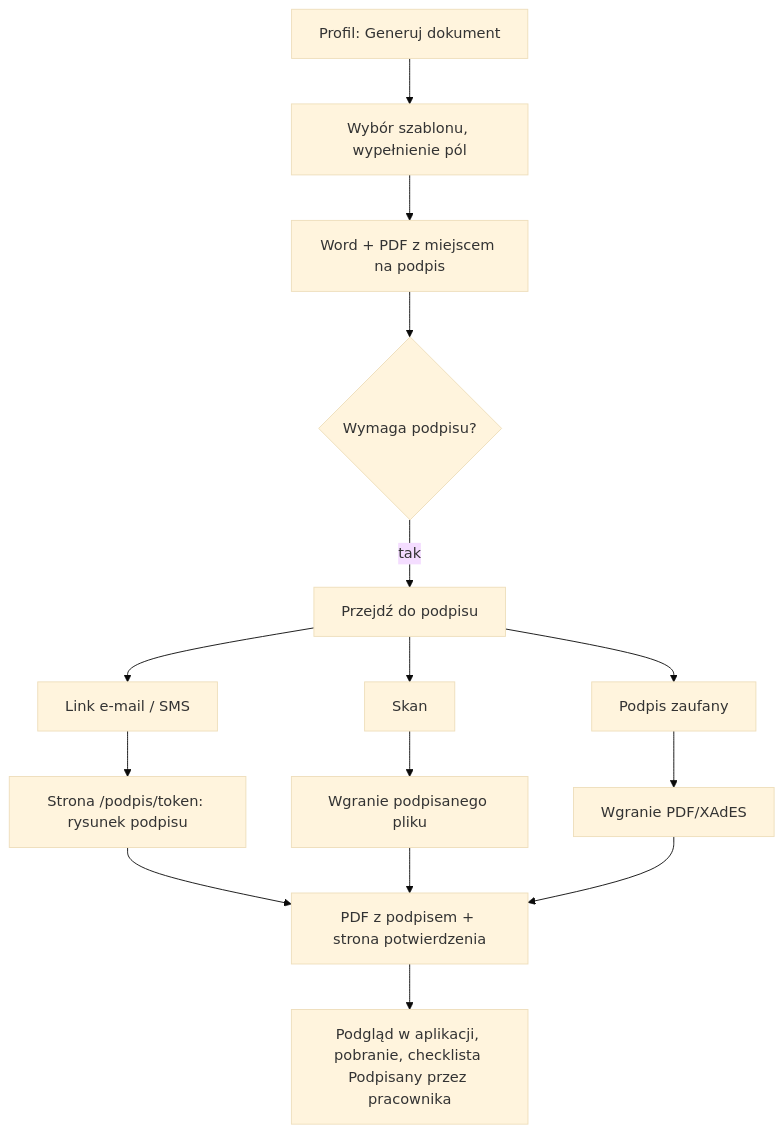
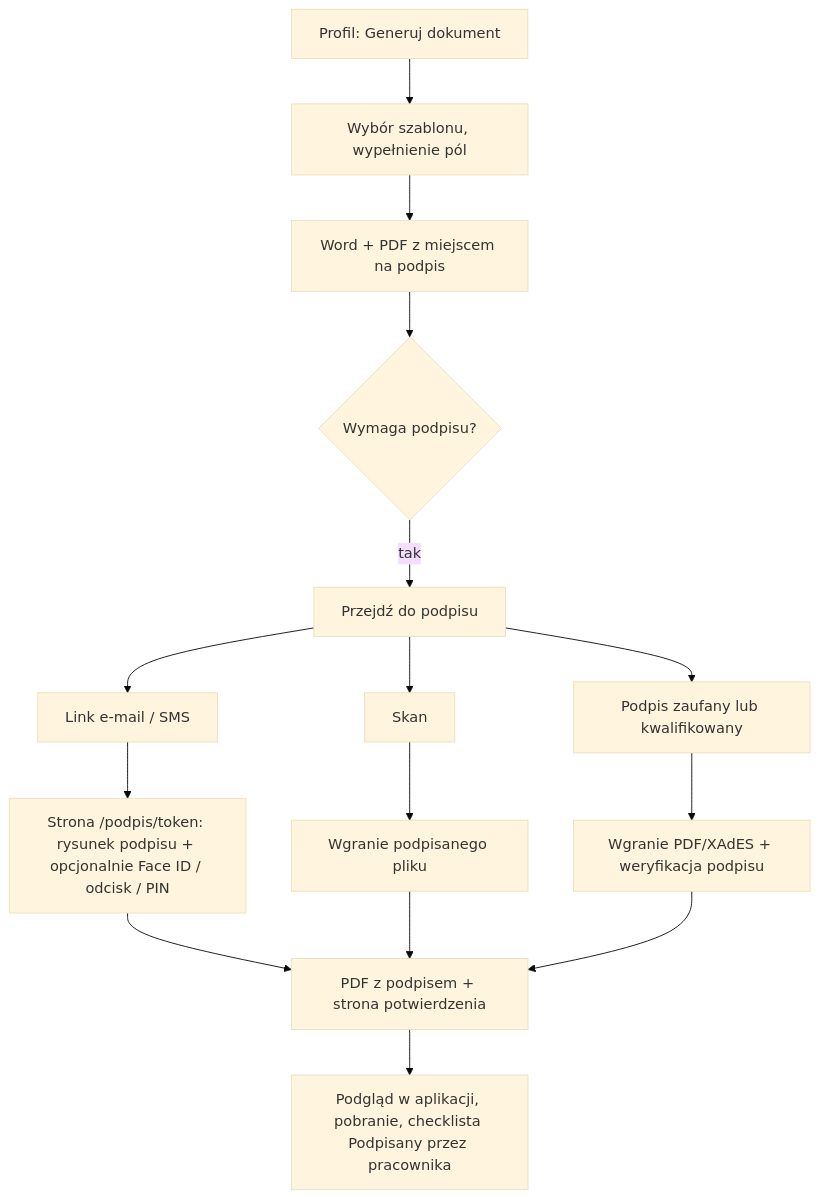
One commit to lukaszbajkowski/APT changed the third of 4 diagrams in docs/03-app-flow.md. Above: the diagram before and after it, drawn with Mermaid (base theme). The commit also changed 3 other files, not shown here.

````diff
--- a/docs/03-app-flow.md
+++ b/docs/03-app-flow.md
@@ -56,14 +56,14 @@
 ```mermaid
 flowchart TD
   A[Profil: Generuj dokument] --> B[Wybór szablonu, wypełnienie pól]
   B --> C[Word + PDF z miejscem na podpis]
   C --> D{Wymaga podpisu?}
   D -->|tak| E[Przejdź do podpisu]
-  E --> F1[Link e-mail / SMS] --> G1[Strona /podpis/token: rysunek podpisu]
+  E --> F1[Link e-mail / SMS] --> G1[Strona /podpis/token: rysunek podpisu + opcjonalnie Face ID / odcisk / PIN]
   E --> F2[Skan] --> G2[Wgranie podpisanego pliku]
-  E --> F3[Podpis zaufany] --> G3[Wgranie PDF/XAdES]
+  E --> F3[Podpis zaufany lub kwalifikowany] --> G3[Wgranie PDF/XAdES + weryfikacja podpisu]
   G1 --> H[PDF z podpisem + strona potwierdzenia]
   G2 --> H
   G3 --> H
   H --> I[Podgląd w aplikacji, pobranie, checklista Podpisany przez pracownika]
 ```
````
